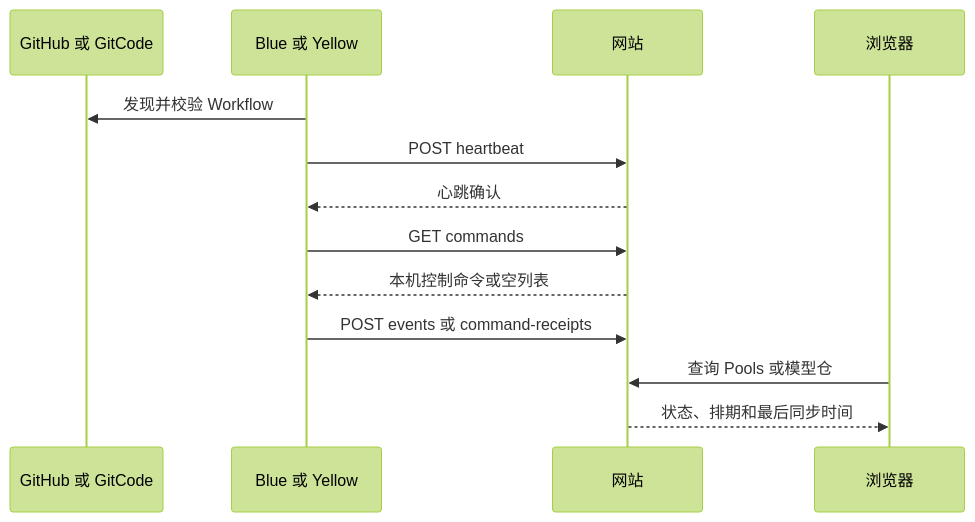
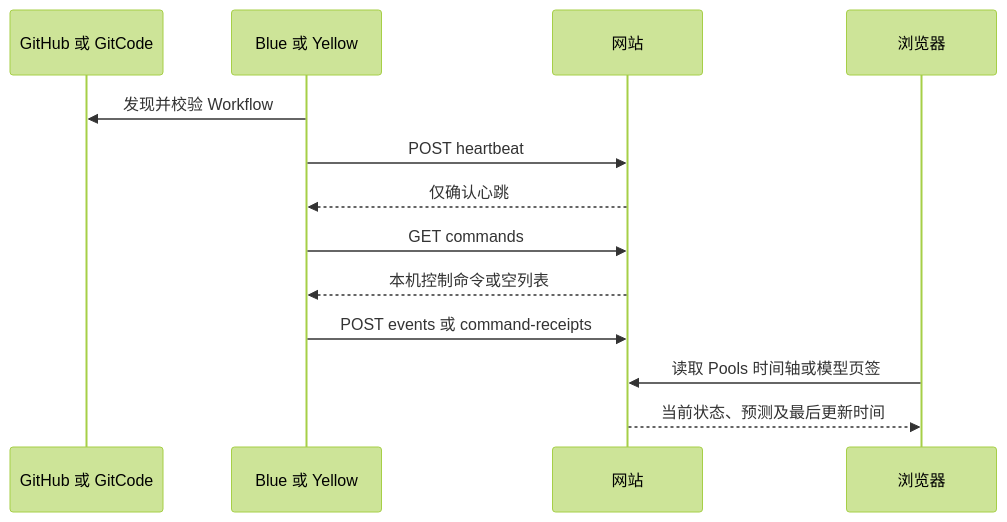
Before and after one commit to depeng1994/lite-actions: the first of 3 diagrams in control-center/docs/PRD.md, drawn with Mermaid (forest theme). The commit also changed other lines of this file, not shown here.

````diff
--- a/control-center/docs/PRD.md
+++ b/control-center/docs/PRD.md
@@ -37,15 +37,15 @@
 ```mermaid
 sequenceDiagram
     participant P as GitHub 或 GitCode
     participant W as Blue 或 Yellow
     participant S as 网站
     participant B as 浏览器
     W->>P: 发现并校验 Workflow
     W->>S: POST heartbeat
-    S-->>W: 心跳确认
+    S-->>W: 仅确认心跳
     W->>S: GET commands
     S-->>W: 本机控制命令或空列表
     W->>S: POST events 或 command-receipts
-    B->>S: 查询 Pools 或模型仓
-    S-->>B: 状态、排期和最后同步时间
+    B->>S: 读取 Pools 时间轴或模型页签
+    S-->>B: 当前状态、预测及最后更新时间
 ```
````
